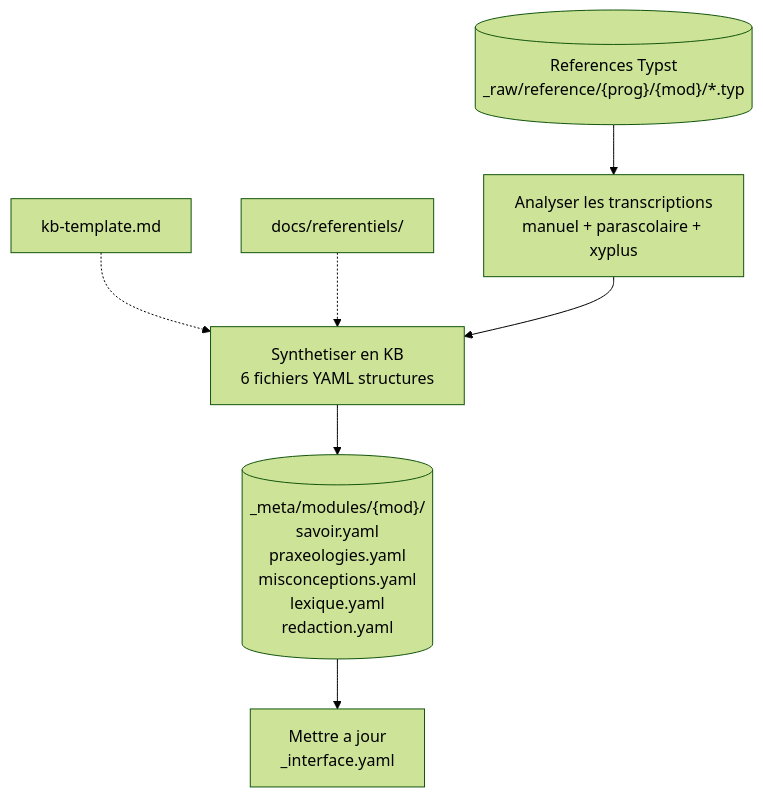
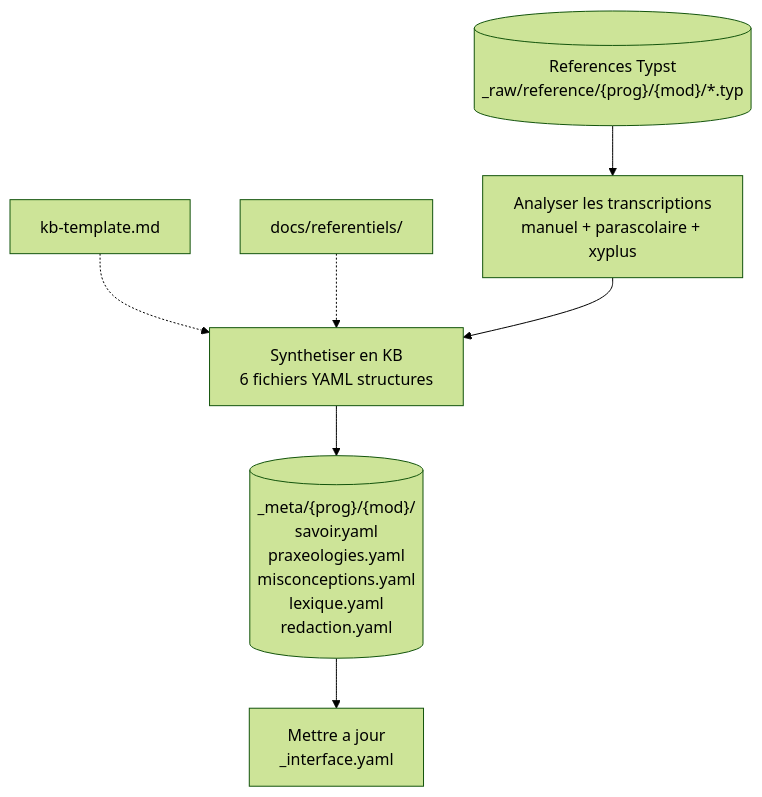
Before and after one commit to bilalYezzaGit/learning-web: the third of 8 diagrams in docs/content-agentic-workflow.md, drawn with Mermaid (forest theme). The commit also changed other lines of this file and 36 other files, not shown here.

````diff
--- a/docs/content-agentic-workflow.md
+++ b/docs/content-agentic-workflow.md
@@ -155,9 +156,9 @@
 ```mermaid
 flowchart TD
     TYPST[("References Typst\n_raw/reference/{prog}/{mod}/*.typ")] --> Analyse["Analyser les transcriptions\nmanuel + parascolaire + xyplus"]
     TPL["kb-template.md"] -.-> Synth
     REF["docs/referentiels/"] -.-> Synth
     Analyse --> Synth["Synthetiser en KB\n6 fichiers YAML structures"]
-    Synth --> Meta[("_meta/modules/{mod}/\nsavoir.yaml\npraxeologies.yaml\nmisconceptions.yaml\nlexique.yaml\nredaction.yaml")]
+    Synth --> Meta[("_meta/{prog}/{mod}/\nsavoir.yaml\npraxeologies.yaml\nmisconceptions.yaml\nlexique.yaml\nredaction.yaml")]
     Meta --> Interface["Mettre a jour\n_interface.yaml"]
 ```
````
